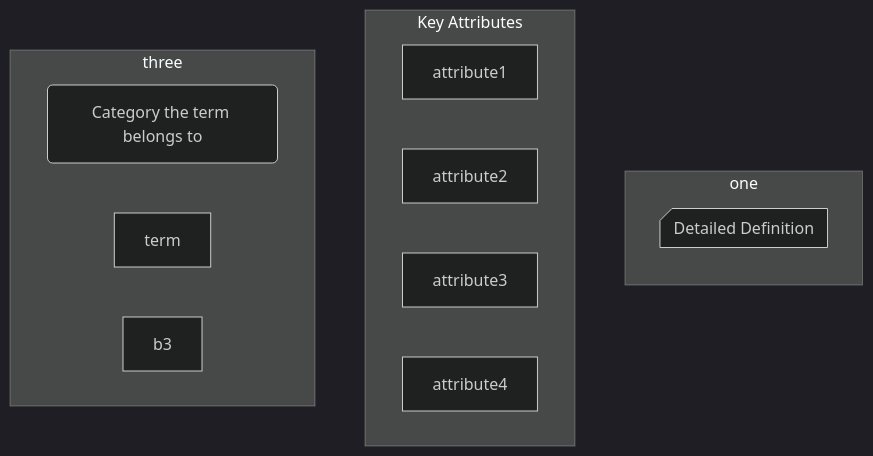
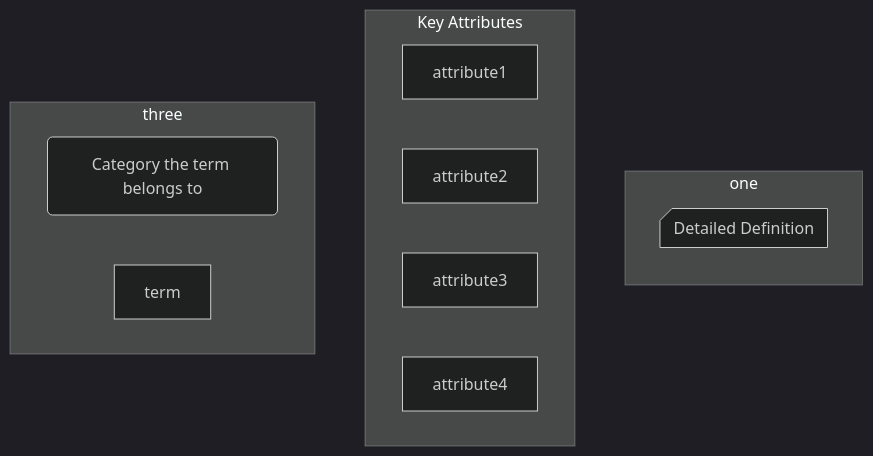
The diagram in slides.md (gerbssusd/dok), drawn with Mermaid (dark theme) before and after one commit.

````diff
--- a/slides.md
+++ b/slides.md
@@ -217,25 +217,25 @@
 ```mermaid
 flowchart TB
     subgraph one 
      direction TB
     a1@{ shape: card, label: Detailed Definition}
      end
     subgraph Key Attributes
      d1[attribute1]
      d2[attribute2]
      d3[attribute3]
      d4[attribute4]
      end
     subgraph three
       direction RL
         b1(Category the term belongs to)
         b2[term]
-        b3 
+        
         end
 
 
 
 
 
 
 ```
````
